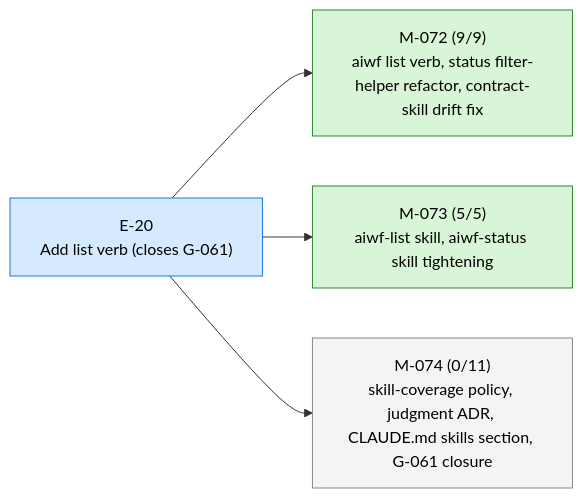
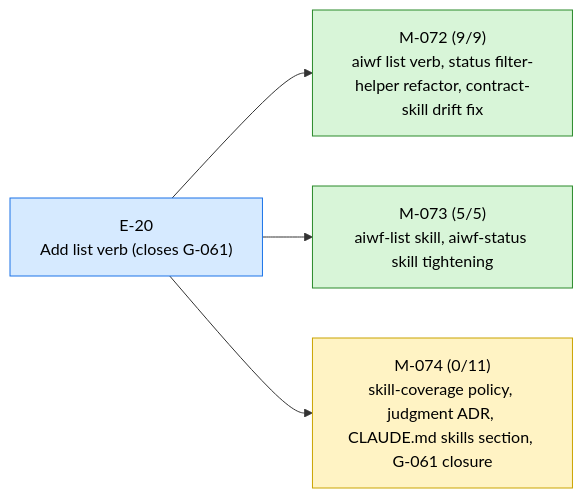
Before and after one commit to 23min/aiwf: the first of 2 diagrams in STATUS.md, drawn with Mermaid. The commit also changed other lines of this file and 1 other file, not shown here.

First line of the commit message:
aiwf promote M-074 draft -> in_progress

````diff
--- a/STATUS.md
+++ b/STATUS.md
@@ -13,16 +13,16 @@
 ```mermaid
 flowchart LR
   E_20["E-20<br/>Add list verb (closes G-061)"]:::epic_active
   M_072["M-072 (9/9)<br/>aiwf list verb, status filter-helper refactor, contract-skill drift fix"]:::ms_done
   E_20 --> M_072
   M_073["M-073 (5/5)<br/>aiwf-list skill, aiwf-status skill tightening"]:::ms_done
   E_20 --> M_073
-  M_074["M-074 (0/11)<br/>skill-coverage policy, judgment ADR, CLAUDE.md skills section, G-061 closure"]:::ms_draft
+  M_074["M-074 (0/11)<br/>skill-coverage policy, judgment ADR, CLAUDE.md skills section, G-061 closure"]:::ms_in_progress
   E_20 --> M_074
   classDef epic_active fill:#d6eaff,stroke:#1a73e8,color:#000
   classDef epic_proposed fill:#f4f4f4,stroke:#888,color:#000
   classDef ms_done fill:#d8f5d8,stroke:#2a8a2a,color:#000
   classDef ms_in_progress fill:#fff3c4,stroke:#caa400,color:#000
   classDef ms_draft fill:#f4f4f4,stroke:#888,color:#000
   classDef ms_cancelled fill:#fbeaea,stroke:#c33,color:#000
 ```
````
